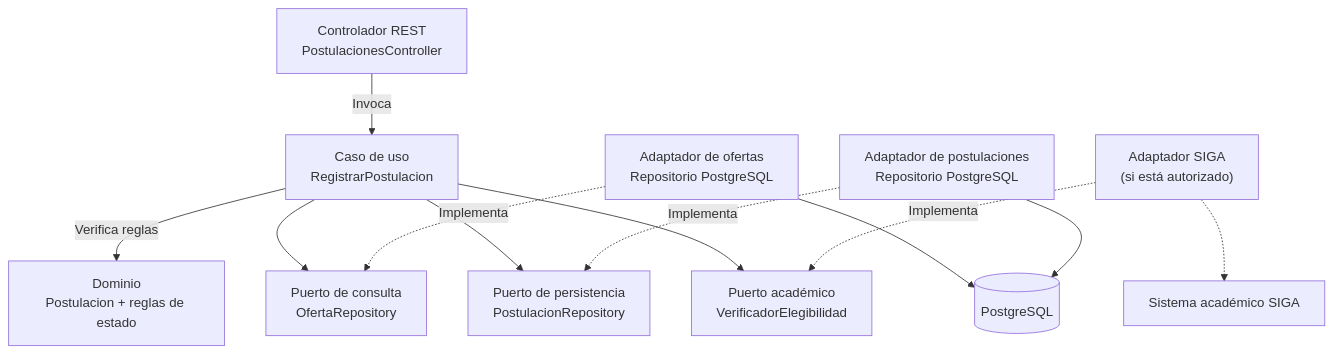
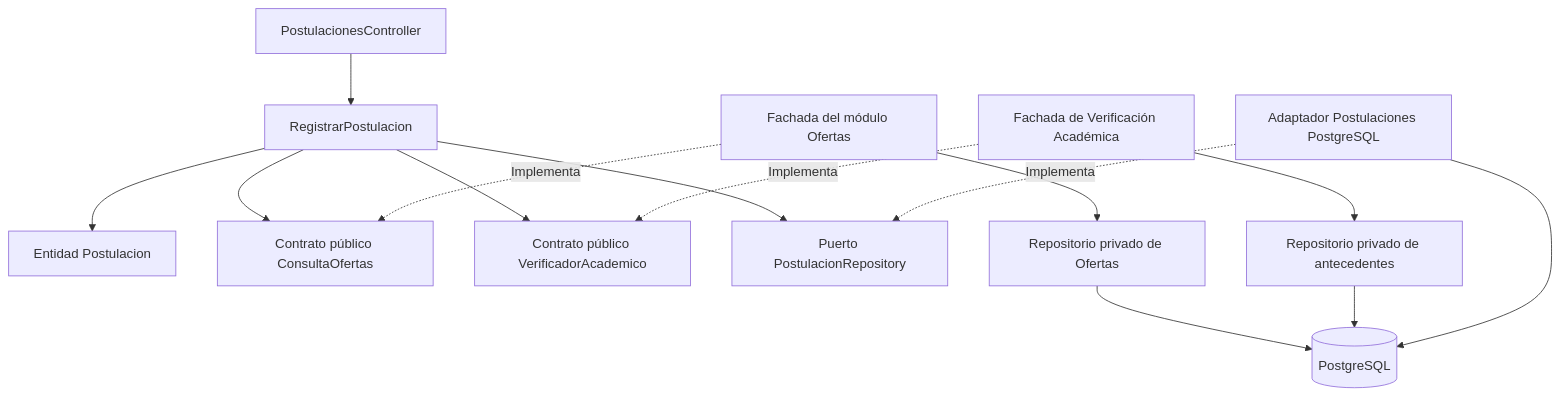
The third of 5 diagrams in docs/02-arquitectura/diagramas-c4/diagramas-c4.md (Jhoncode987/Sistema-de-Gestion-y-Publicacion-Practicas-Preprofesionales), drawn with Mermaid before and after one commit. The commit also changed other lines of this file and 16 other files, not shown here.

````diff
--- a/docs/02-arquitectura/diagramas-c4/diagramas-c4.md
+++ b/docs/02-arquitectura/diagramas-c4/diagramas-c4.md
@@ -110,26 +56,16 @@
-```mermaid
+~~~mermaid
 flowchart TB
-    HTTP["Controlador REST<br/>PostulacionesController"]
-    UC["Caso de uso<br/>RegistrarPostulacion"]
-    OfferPort["Puerto de consulta<br/>OfertaRepository"]
-    AppPort["Puerto de persistencia<br/>PostulacionRepository"]
-    EligibilityPort["Puerto académico<br/>VerificadorElegibilidad"]
-    Domain["Dominio<br/>Postulacion + reglas de estado"]
-    OfferAdapter["Adaptador de ofertas<br/>Repositorio PostgreSQL"]
-    AppAdapter["Adaptador de postulaciones<br/>Repositorio PostgreSQL"]
-    AcademicAdapter["Adaptador SIGA<br/>(si está autorizado)"]
-    DB[("PostgreSQL")]
-    SIGA["Sistema académico SIGA"]
-
-    HTTP -->|"Invoca"| UC
-    UC -->|"Verifica reglas"| Domain
-    UC --> OfferPort
-    UC --> AppPort
-    UC --> EligibilityPort
-    OfferAdapter -.->|"Implementa"| OfferPort
-    AppAdapter -.->|"Implementa"| AppPort
-    AcademicAdapter -.->|"Implementa"| EligibilityPort
-    OfferAdapter --> DB
-    AppAdapter --> DB
-    AcademicAdapter -.-> SIGA
-```
+    HTTP["PostulacionesController"] --> UC["RegistrarPostulacion"]
+    UC --> D["Entidad Postulacion"]
+    UC --> OF["Contrato público ConsultaOfertas"]
+    UC --> VA["Contrato público VerificadorAcademico"]
+    UC --> PR["Puerto PostulacionRepository"]
+    FO["Fachada del módulo Ofertas"] -.->|"Implementa"| OF
+    FA["Fachada de Verificación Académica"] -.->|"Implementa"| VA
+    RP["Adaptador Postulaciones PostgreSQL"] -.->|"Implementa"| PR
+    FO --> RO["Repositorio privado de Ofertas"]
+    FA --> RA["Repositorio privado de antecedentes"]
+    RO --> DB[("PostgreSQL")]
+    RA --> DB
+    RP --> DB
+~~~
````
